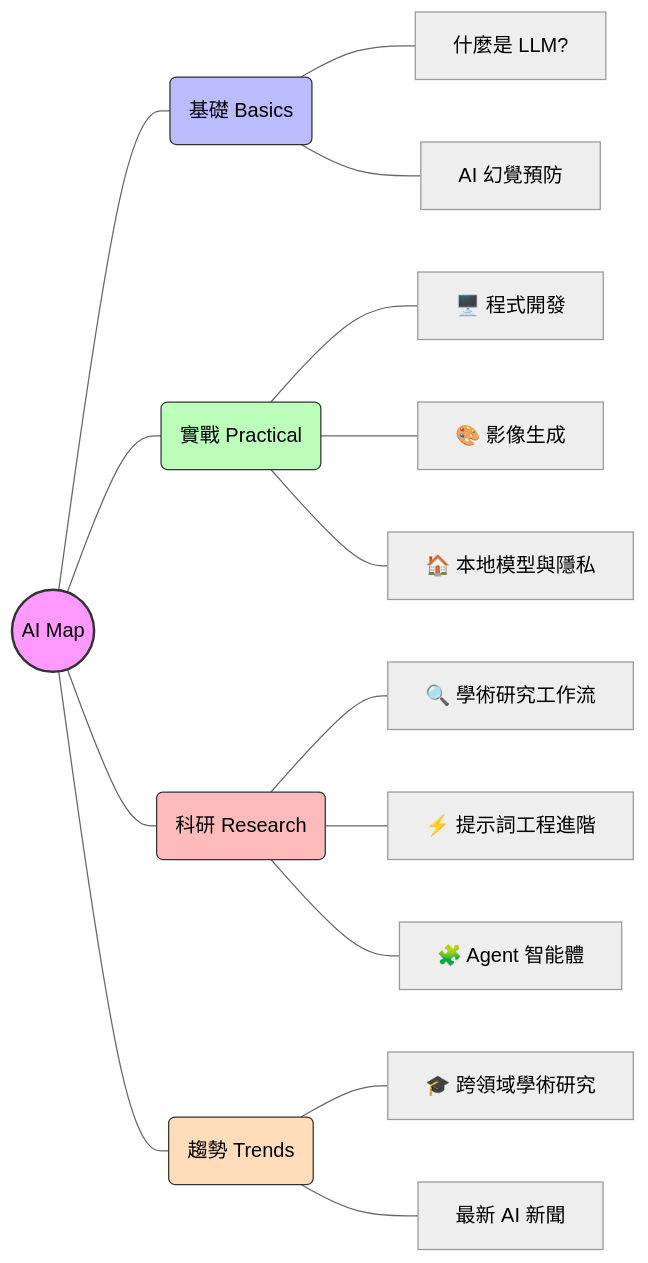
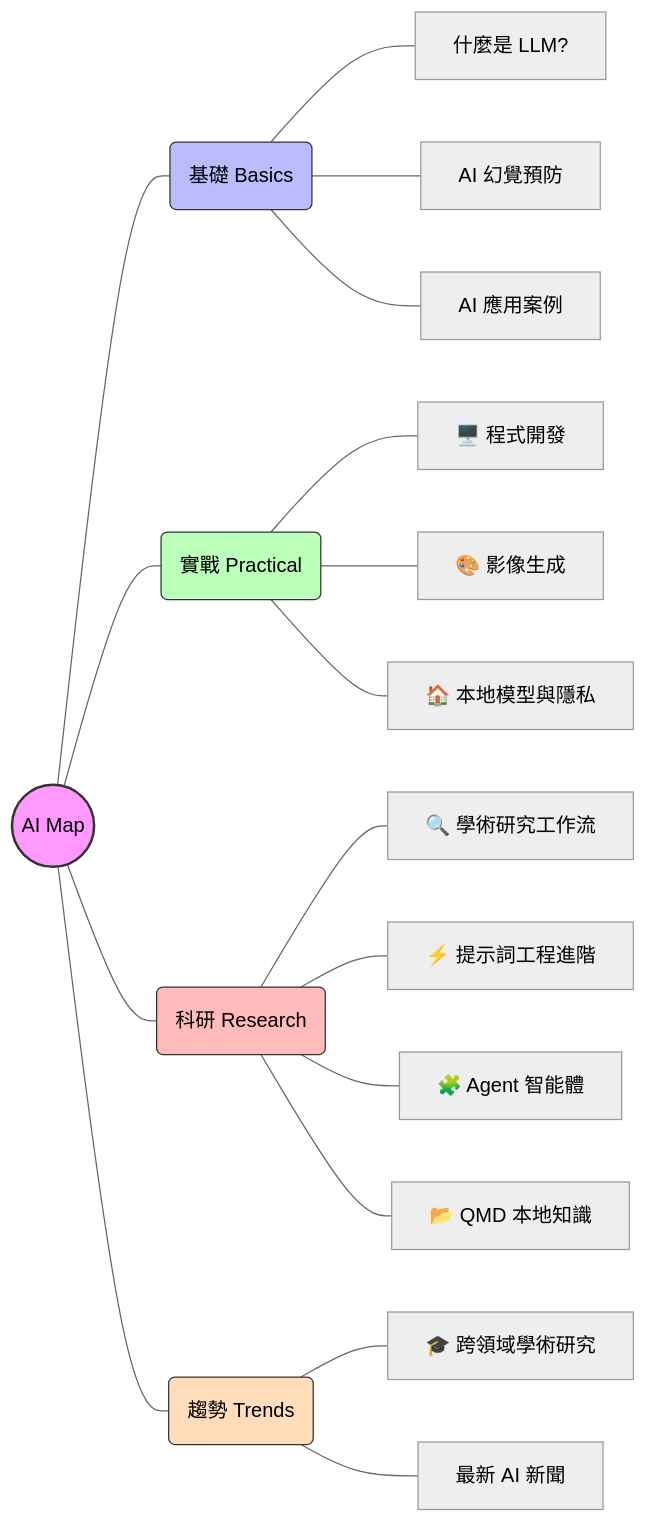
One commit to ultima6-tw/ai-map changed the diagram in docs/zh/index.md. Above: the diagram before and after it, drawn with Mermaid (neutral theme). The commit also changed 1 other file, not shown here.

Commit message:
fix: update mermaid diagrams with relative paths, missing nodes, and tooltips

````diff
--- a/docs/zh/index.md
+++ b/docs/zh/index.md
@@ -7,35 +7,42 @@
 ```mermaid
 flowchart LR
     root((AI Map)) --- Basics(基礎 Basics)
     root --- Practical(實戰 Practical)
     root --- Research(科研 Research)
     root --- Trends(趨勢 Trends)
 
     Basics --- B1[什麼是 LLM?]
     Basics --- B2[AI 幻覺預防]
+    Basics --- B3[AI 應用案例]
 
     Practical --- P1[🖥️ 程式開發]
     Practical --- P2[🎨 影像生成]
     Practical --- P3[🏠 本地模型與隱私]
 
     Research --- R1[🔍 學術研究工作流]
     Research --- R2[⚡ 提示詞工程進階]
     Research --- R3[🧩 Agent 智能體]
+    Research --- R4[📂 QMD 本地知識]
 
     Trends --- T1[🎓 跨領域學術研究]
     Trends --- T2[最新 AI 新聞]
 
-    click P1 "zh/tools-coding/" "點擊進入 🖥️ 程式開發"
-    click P2 "zh/tools-image/" "點擊進入 🎨 影像生成"
-    click P3 "zh/local-ai-privacy/" "點擊進入 🏠 本地模型與隱私"
-    click R1 "zh/research-workflow/" "點擊進入 🔍 學術研究工作流"
-    click R2 "zh/advanced-prompting/" "點擊進入 ⚡ 提示詞工程進階"
-    click R3 "zh/agent/" "點擊進入 🧩 Agent 智能體"
-    click T1 "zh/academic-trends/" "點擊進入 🎓 跨領域學術研究"
+    click B1 "what-is-ai-or-llm/" "點擊進入 什麼是 LLM?"
+    click B2 "ai-hallucination/" "點擊進入 AI 幻覺預防"
+    click B3 "ai-application/" "點擊進入 AI 應用案例"
+    click P1 "tools-coding/" "點擊進入 🖥️ 程式開發"
+    click P2 "tools-image/" "點擊進入 🎨 影像生成"
+    click P3 "local-ai-privacy/" "點擊進入 🏠 本地模型與隱私"
+    click R1 "research-workflow/" "點擊進入 🔍 學術研究工作流"
+    click R2 "advanced-prompting/" "點擊進入 ⚡ 提示詞工程進階"
+    click R3 "agent/" "點擊進入 🧩 Agent 智能體"
+    click R4 "qmd/" "點擊進入 📂 QMD 本地知識引擎"
+    click T1 "academic-trends/" "點擊進入 🎓 跨領域學術研究"
+    click T2 "ai-news/" "點擊進入 最新 AI 新聞"
     
     style root fill:#f9f,stroke:#333,stroke-width:2px
     style Basics fill:#bbf,stroke:#333
     style Practical fill:#bfb,stroke:#333
     style Research fill:#fbb,stroke:#333
     style Trends fill:#fdb,stroke:#333
 ```
````
